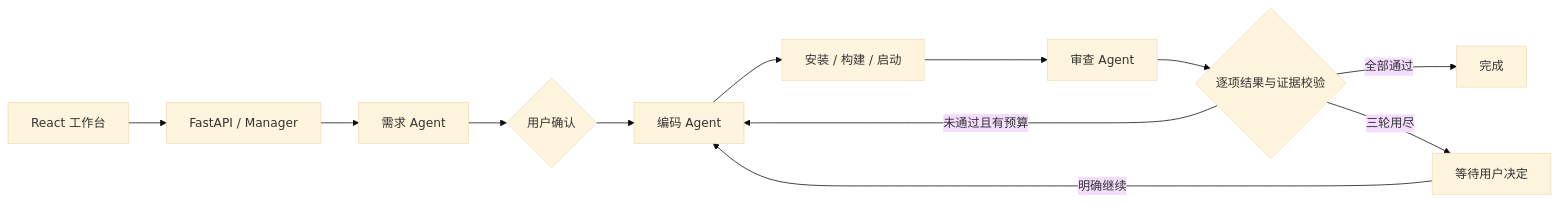
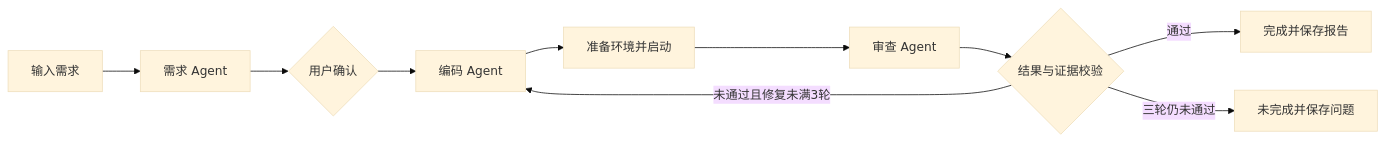
One commit to KCxuan/swe-workflow changed the diagram in README.md. Above: the diagram before and after it, drawn with Mermaid (base theme). The commit also changed other lines of this file and 27 other files, not shown here.

````diff
--- a/README.md
+++ b/README.md
@@ -53,14 +59,12 @@
 ```mermaid
 flowchart LR
-    UI[React 工作台] --> API[FastAPI / Manager]
-    API --> P[需求 Agent]
+    U[输入需求] --> P[需求 Agent]
     P --> H{用户确认}
     H --> C[编码 Agent]
-    C --> S[安装 / 构建 / 启动]
+    C --> S[准备环境并启动]
     S --> R[审查 Agent]
-    R --> V{逐项结果与证据校验}
-    V -->|全部通过| D[完成]
-    V -->|未通过且有预算| C
-    V -->|三轮用尽| W[等待用户决定]
-    W -->|明确继续| C
+    R --> V{结果与证据校验}
+    V -->|通过| E[完成并保存报告]
+    V -->|未通过且修复未满3轮| C
+    V -->|三轮仍未通过| F[未完成并保存问题]
 ```
````
